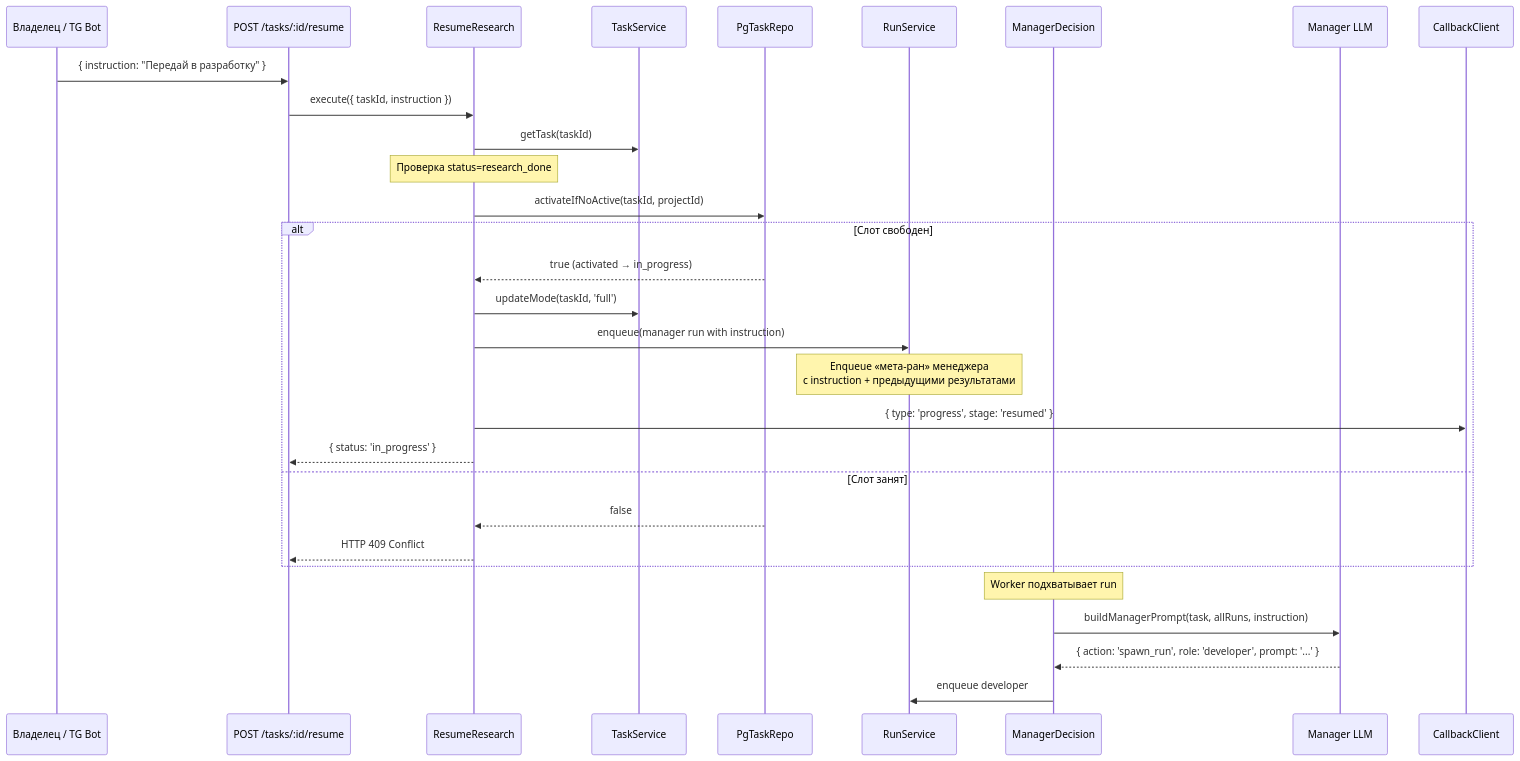
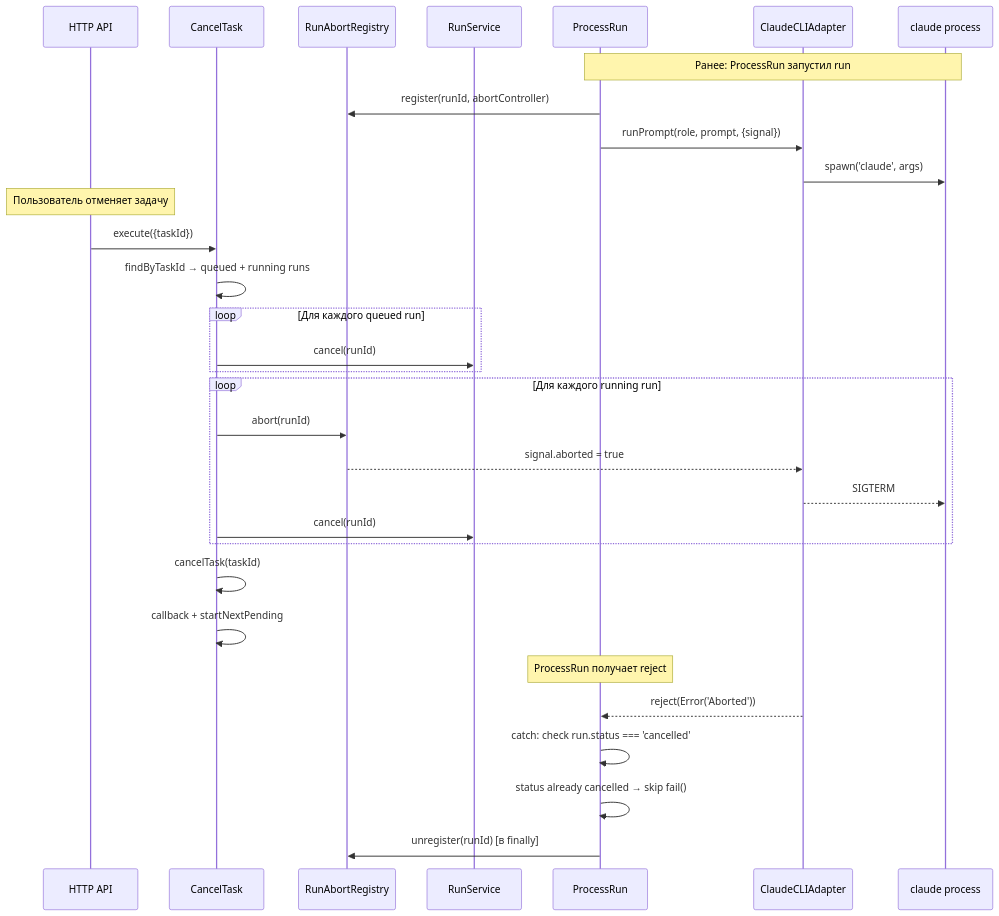
The second of 2 diagrams in design/spec.md (sasaloginov/neuroforge), drawn with Mermaid before and after one commit. The commit also changed other lines of this file and 1 other file, not shown here.

Commit message:
fix/cancel: research and spec for cancel running runs bug

````diff
--- a/design/spec.md
+++ b/design/spec.md
@@ -53,34 +51,39 @@
 ```mermaid
 sequenceDiagram
-    participant Owner as Владелец / TG Bot
-    participant API as POST /tasks/:id/resume
-    participant RR as ResumeResearch
-    participant TS as TaskService
-    participant PgTask as PgTaskRepo
+    participant API as HTTP API
+    participant CT as CancelTask
+    participant RAR as RunAbortRegistry
     participant RS as RunService
-    participant MD as ManagerDecision
-    participant Mgr as Manager LLM
-    participant CB as CallbackClient
+    participant PR as ProcessRun
+    participant CLA as ClaudeCLIAdapter
+    participant CLI as claude process
 
-    Owner->>API: { instruction: "Передай в разработку" }
-    API->>RR: execute({ taskId, instruction })
-    RR->>TS: getTask(taskId)
-    Note over RR: Проверка status=research_done
-    RR->>PgTask: activateIfNoActive(taskId, projectId)
-    alt Слот свободен
-        PgTask-->>RR: true (activated → in_progress)
-        RR->>TS: updateMode(taskId, 'full')
-        RR->>RS: enqueue(manager run with instruction)
-        Note over RS: Enqueue «мета-ран» менеджера<br/>с instruction + предыдущими результатами
-        RR->>CB: { type: 'progress', stage: 'resumed' }
-        RR-->>API: { status: 'in_progress' }
-    else Слот занят
-        PgTask-->>RR: false
-        RR-->>API: HTTP 409 Conflict
+    Note over PR,CLI: Ранее: ProcessRun запустил run
+    PR->>RAR: register(runId, abortController)
+    PR->>CLA: runPrompt(role, prompt, {signal})
+    CLA->>CLI: spawn('claude', args)
+
+    Note over API: Пользователь отменяет задачу
+    API->>CT: execute({taskId})
+    CT->>CT: findByTaskId → queued + running runs
+
+    loop Для каждого queued run
+        CT->>RS: cancel(runId)
     end
 
-    Note over MD: Worker подхватывает run
-    MD->>Mgr: buildManagerPrompt(task, allRuns, instruction)
-    Mgr-->>MD: { action: 'spawn_run', role: 'developer', prompt: '...' }
-    MD->>RS: enqueue developer
+    loop Для каждого running run
+        CT->>RAR: abort(runId)
+        RAR-->>CLA: signal.aborted = true
+        CLA-->>CLI: SIGTERM
+        CT->>RS: cancel(runId)
+    end
+
+    CT->>CT: cancelTask(taskId)
+    CT->>CT: callback + startNextPending
+
+    Note over PR: ProcessRun получает reject
+    CLA-->>PR: reject(Error('Aborted'))
+    PR->>PR: catch: check run.status === 'cancelled'
+    PR->>PR: status already cancelled → skip fail()
+    PR->>RAR: unregister(runId) [в finally]
 ```
````
